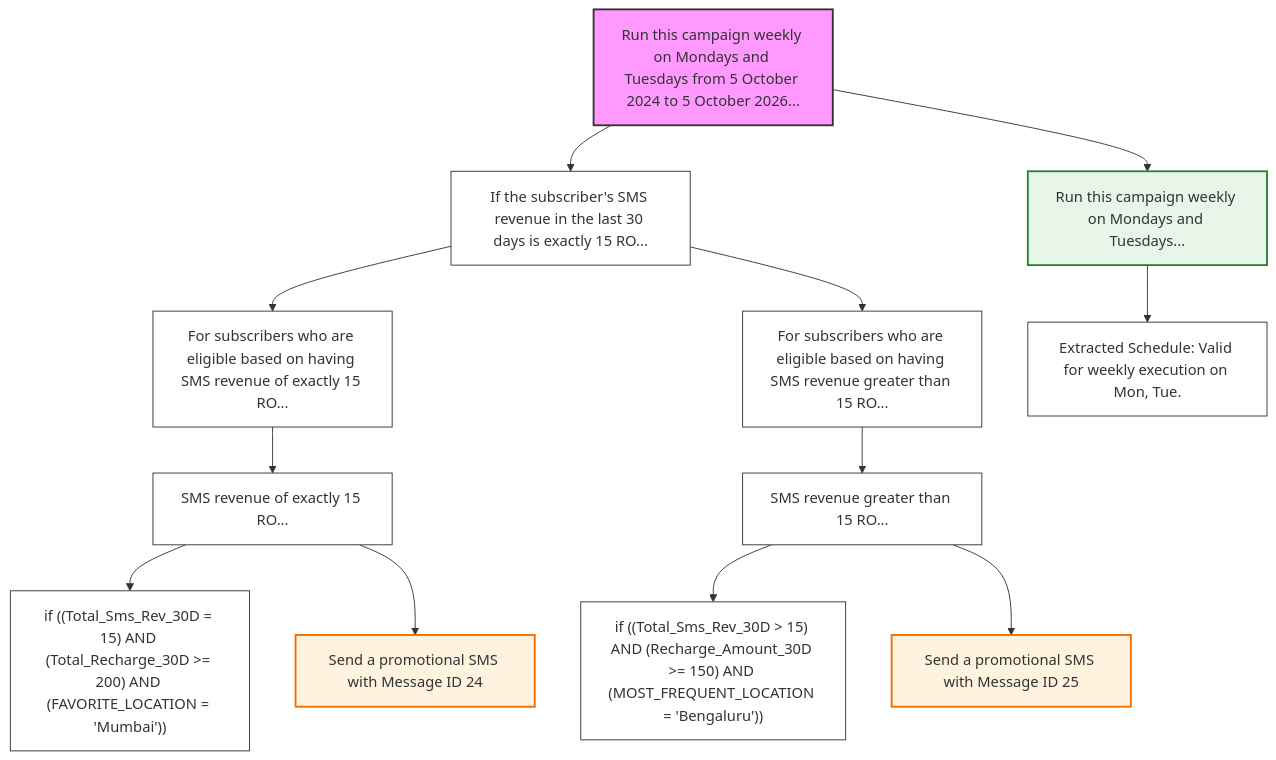
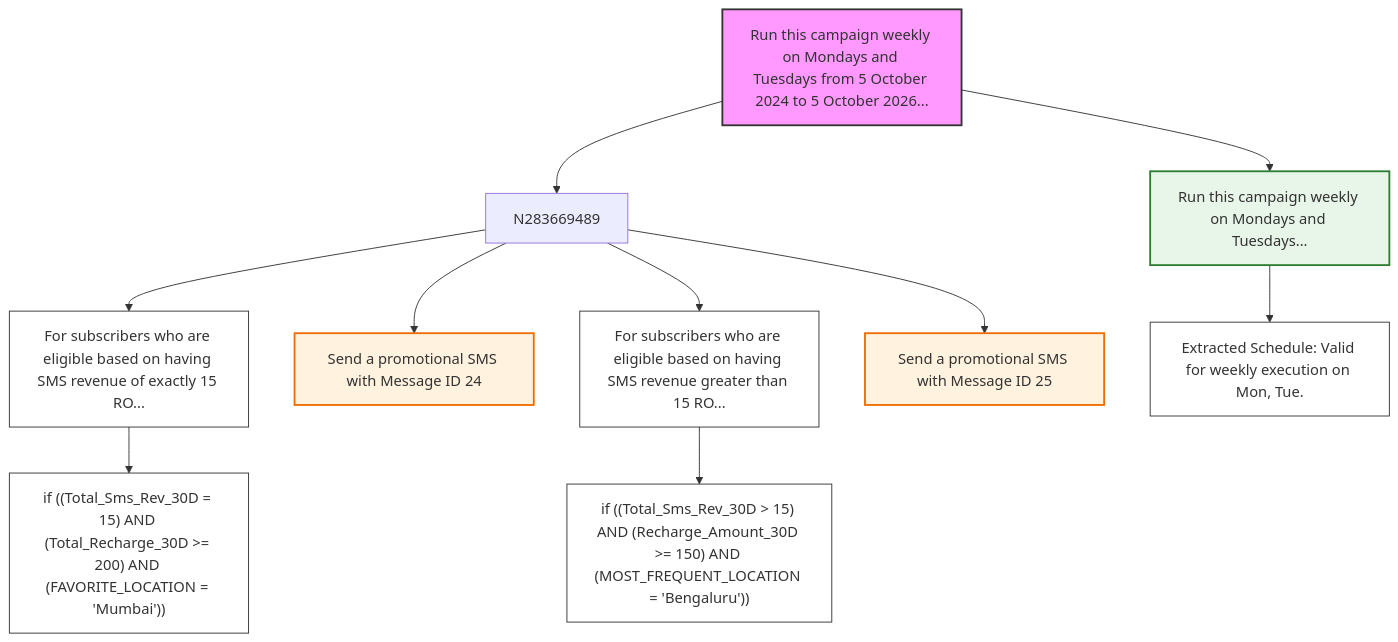
One commit to parthipan76/ruleengine_automation changed the diagram in README.md. Above: the diagram before and after it, drawn with Mermaid. The commit also changed other lines of this file and 1 other file, not shown here.

Commit message:
Refined tree structure: Action and Segments (with IF child) are siblings under Parent

````diff
--- a/README.md
+++ b/README.md
@@ -21,33 +9,28 @@
 ```mermaid
 graph TD
     classDef root fill:#f9f,stroke:#333,stroke-width:2px;
     classDef condition fill:#e1f5fe,stroke:#01579b,stroke-width:2px;
     classDef logic fill:#fff9c4,stroke:#fbc02d,stroke-width:2px;
     classDef schedule fill:#e8f5e9,stroke:#2e7d32,stroke-width:2px;
     classDef action fill:#fff3e0,stroke:#ef6c00,stroke-width:2px;
     classDef policy fill:#f3e5f5,stroke:#7b1fa2,stroke-width:2px;
     classDef defaultNode fill:#fff,stroke:#333,stroke-width:1px;
     N1079528191["Run this campaign weekly on Mondays and Tuesdays from 5 October 2024 to 5 October 2026..."]:::root
     N1079528191 --> N283669489
-    N283669489["If the subscriber's SMS revenue in the last 30 days is exactly 15 RO..."]:::defaultNode
     N283669489 --> N343069183
     N343069183["For subscribers who are eligible based on having SMS revenue of exactly 15 RO..."]:::defaultNode
-    N343069183 --> N822430397
-    N822430397["SMS revenue of exactly 15 RO..."]:::defaultNode
-    N822430397 --> N1779176412
+    N343069183 --> N1779176412
     N1779176412["if ((Total_Sms_Rev_30D = 15) AND (Total_Recharge_30D >= 200) AND (FAVORITE_LOCATION = 'Mumbai'))"]:::defaultNode
-    N822430397 --> N958956183
+    N283669489 --> N958956183
     N958956183["Send a promotional SMS with Message ID 24"]:::action
     N283669489 --> N995574116
     N995574116["For subscribers who are eligible based on having SMS revenue greater than 15 RO..."]:::defaultNode
-    N995574116 --> N538752017
-    N538752017["SMS revenue greater than 15 RO..."]:::defaultNode
-    N538752017 --> N704958781
+    N995574116 --> N704958781
     N704958781["if ((Total_Sms_Rev_30D > 15) AND (Recharge_Amount_30D >= 150) AND (MOST_FREQUENT_LOCATION = 'Bengaluru'))"]:::defaultNode
-    N538752017 --> N1472578256
+    N283669489 --> N1472578256
     N1472578256["Send a promotional SMS with Message ID 25"]:::action
     N1079528191 --> N1444476205
     N1444476205["Run this campaign weekly on Mondays and Tuesdays..."]:::schedule
     N1444476205 --> N325152707
     N325152707["Extracted Schedule: Valid for weekly execution on Mon, Tue."]:::defaultNode
 ```
````
